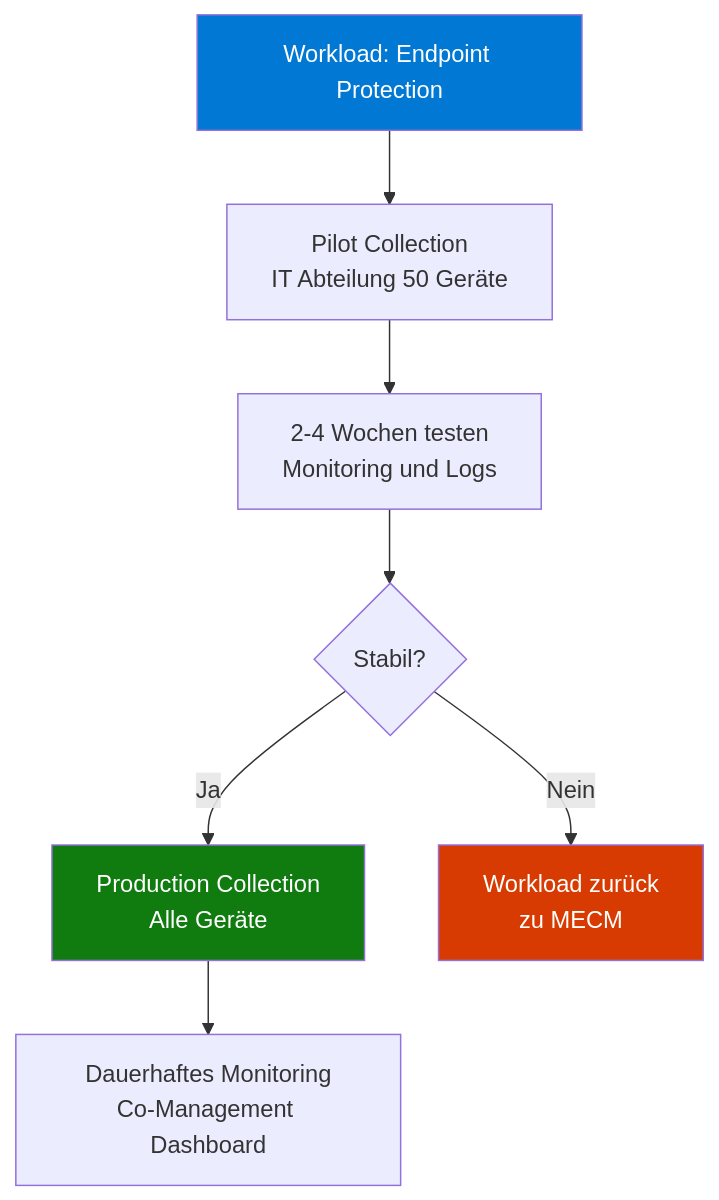
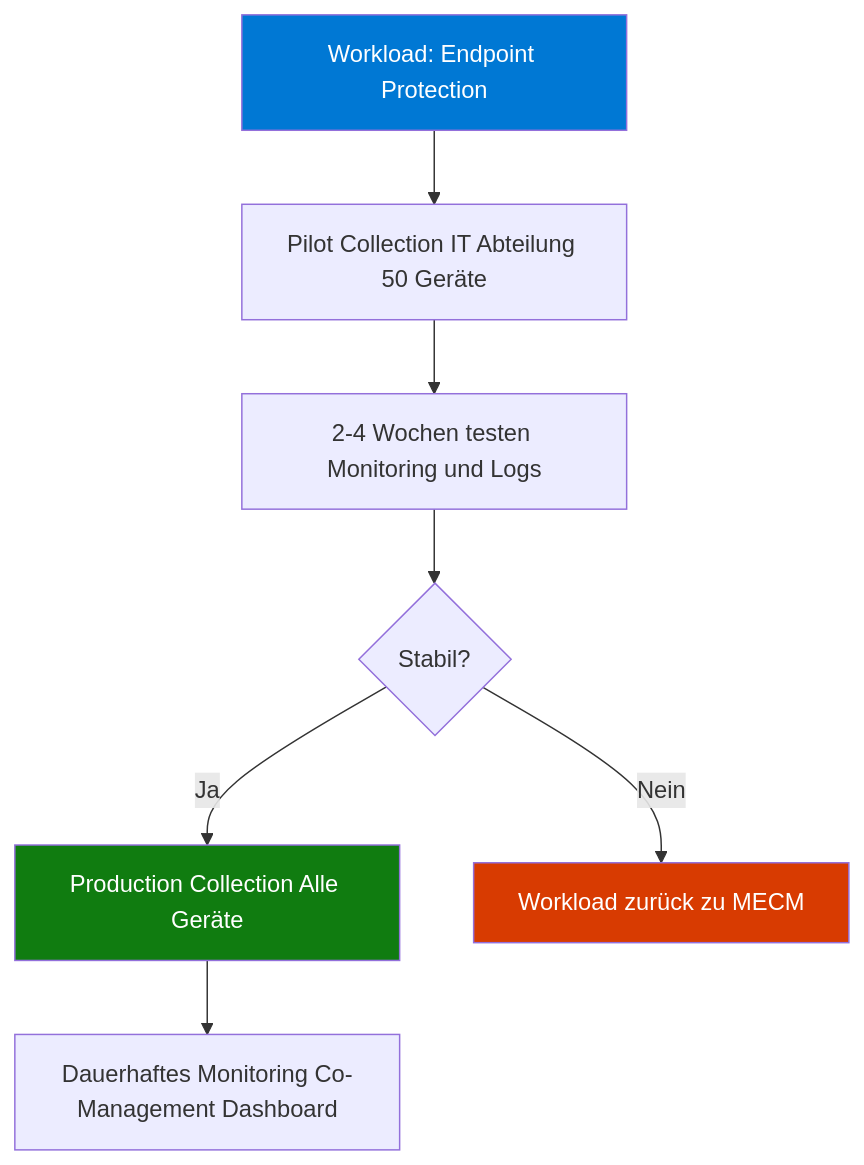
Before and after one commit to SoniiiT/notes-n-docs: the third of 5 diagrams in Microsoft 365/System Center/MECM Co-Management.md, drawn with Mermaid. The commit also changed other lines of this file and 124 other files, not shown here.

First line of the commit message:
fix: Entferne \n aus allen Mermaid-Diagrammen (125 Dateien)

````diff
--- a/Microsoft 365/System Center/MECM Co-Management.md
+++ b/Microsoft 365/System Center/MECM Co-Management.md
@@ -100,13 +100,13 @@
 ```mermaid
 flowchart TD
-    START[Workload: Endpoint Protection] --> PILOT[Pilot Collection\nIT Abteilung 50 Geräte]
-    PILOT --> TEST[2-4 Wochen testen\nMonitoring und Logs]
+    START[Workload: Endpoint Protection] --> PILOT[Pilot Collection IT Abteilung 50 Geräte]
+    PILOT --> TEST[2-4 Wochen testen Monitoring und Logs]
     TEST --> OK{Stabil?}
-    OK -->|Ja| PROD[Production Collection\nAlle Geräte]
-    OK -->|Nein| ROLLBACK[Workload zurück\nzu MECM]
-    PROD --> MONITOR[Dauerhaftes Monitoring\nCo-Management Dashboard]
+    OK -->|Ja| PROD[Production Collection Alle Geräte]
+    OK -->|Nein| ROLLBACK[Workload zurück zu MECM]
+    PROD --> MONITOR[Dauerhaftes Monitoring Co-Management Dashboard]
 
     style START fill:#0078D4,color:#fff
     style PROD fill:#107C10,color:#fff
     style ROLLBACK fill:#D83B01,color:#fff
 ```
````
